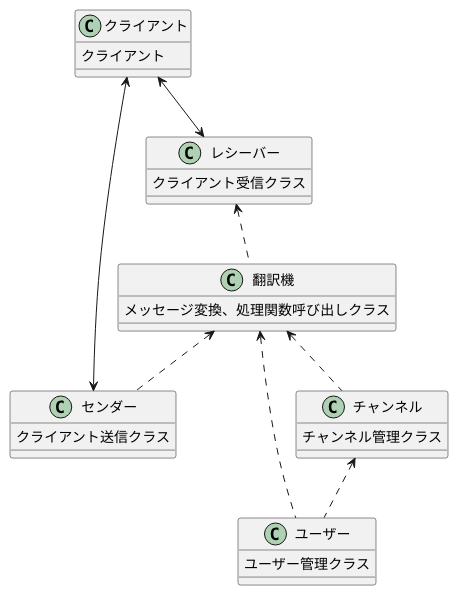
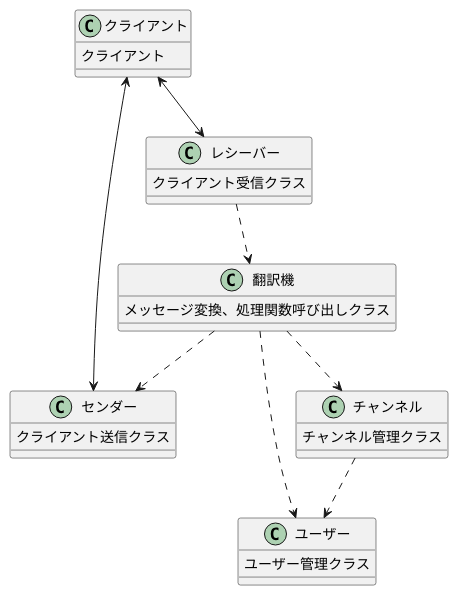
The diagram in uml/class.puml (yuhe-02/ft_irc_42), drawn with PlantUML before and after one commit. The commit also changed 8 other files, not shown here.

```diff
--- a/uml/class.puml
+++ b/uml/class.puml
@@ -1,44 +1,44 @@
 @startuml class
 
 ' クラス定義
 
 class クライアント
 {
 クライアント
 }
 
 class レシーバー
 {
 クライアント受信クラス
 }
 
 class センダー
 {
 クライアント送信クラス
 }
 
 class 翻訳機
 {
 メッセージ変換、処理関数呼び出しクラス
 }
 
 class ユーザー
 {
 ユーザー管理クラス
 }
 
 class チャンネル
 {
 チャンネル管理クラス
 }
 
 ' 関係（サーバー ← 翻訳機 ← ユーザー）
 クライアント<-->レシーバー
-翻訳機 <.. センダー
+翻訳機 ..> センダー
 センダー<-->クライアント
-レシーバー <.. 翻訳機
-翻訳機 <.. ユーザー
-翻訳機 <.. チャンネル
-チャンネル<..ユーザー
+レシーバー ..> 翻訳機
+翻訳機 ..> ユーザー
+翻訳機 ..> チャンネル
+チャンネル..>ユーザー
 
 @enduml
```
